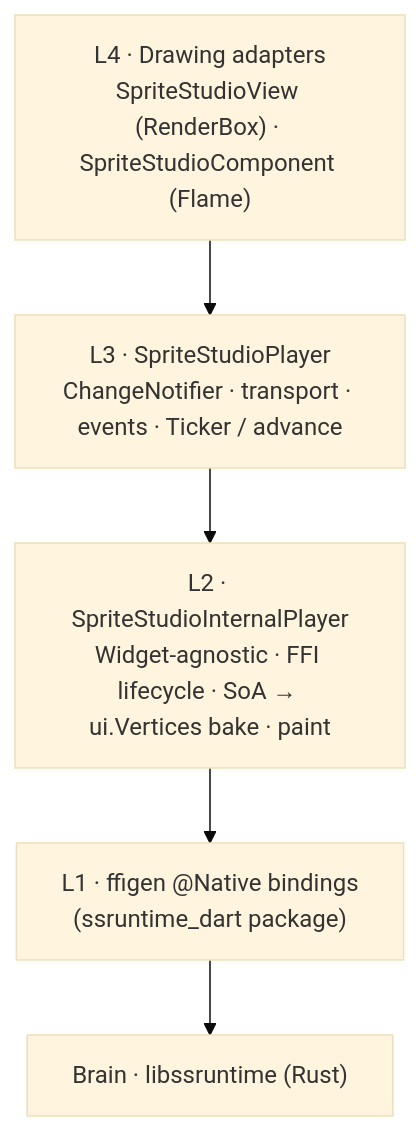
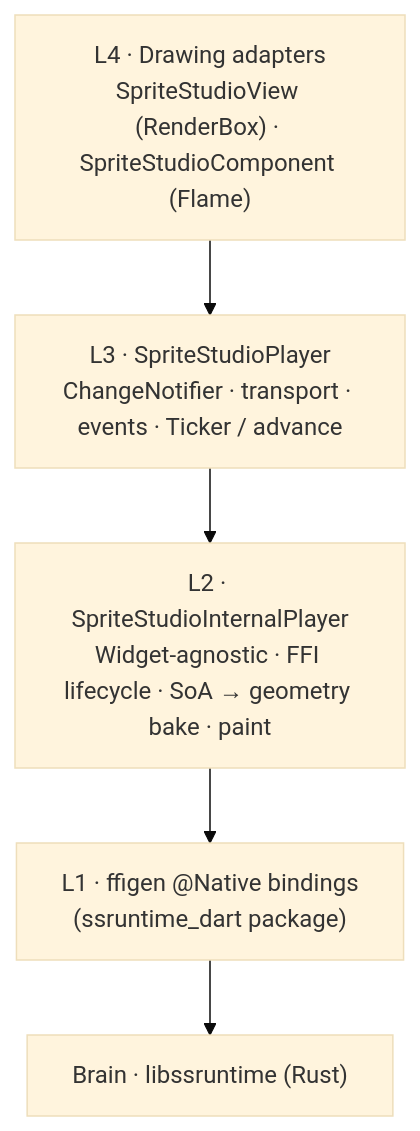
One commit to cri-middleware/SSPlayerForFlutter changed the diagram in docs/en/contributing/architecture.md. Above: the diagram before and after it, drawn with Mermaid (base theme). The commit also changed other lines of this file and 15 other files, not shown here.

````diff
--- a/docs/en/contributing/architecture.md
+++ b/docs/en/contributing/architecture.md
@@ -12,9 +12,9 @@
 ```mermaid
 flowchart TD
     L4["L4 · Drawing adapters<br/>SpriteStudioView (RenderBox) · SpriteStudioComponent (Flame)"]
     L3["L3 · SpriteStudioPlayer<br/>ChangeNotifier · transport · events · Ticker / advance"]
-    L2["L2 · SpriteStudioInternalPlayer<br/>Widget-agnostic · FFI lifecycle · SoA → ui.Vertices bake · paint"]
+    L2["L2 · SpriteStudioInternalPlayer<br/>Widget-agnostic · FFI lifecycle · SoA → geometry bake · paint"]
     L1["L1 · ffigen @Native bindings<br/>(ssruntime_dart package)"]
     Brain["Brain · libssruntime (Rust)"]
     L4 --> L3 --> L2 --> L1 --> Brain
 ```
````
